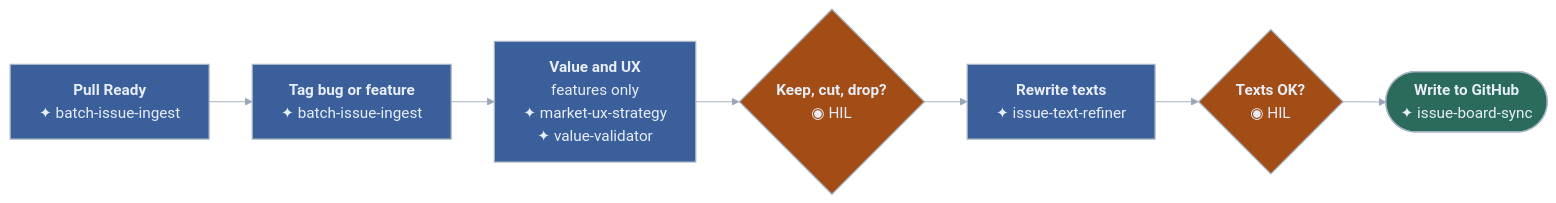
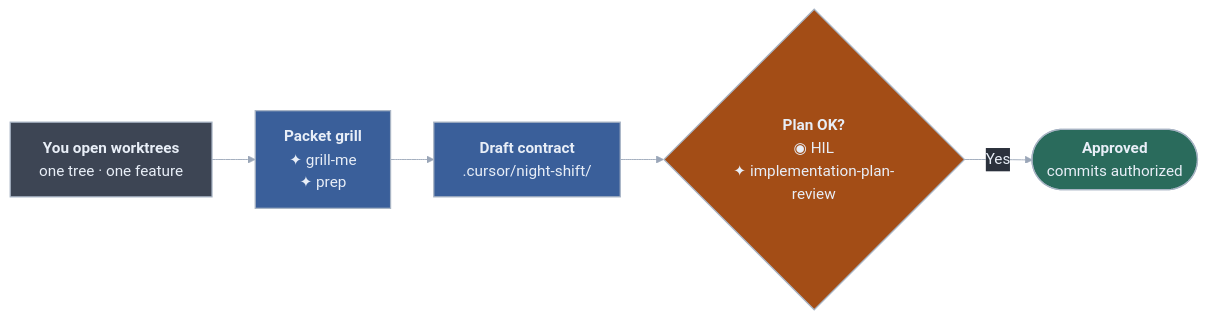
The first of 14 diagrams in README.md (RaphaelBecker/cursor-harness), drawn with Mermaid before and after one commit. The commit also changed other lines of this file and 55 other files, not shown here.

First line of the commit message:
Land the prep/night-shift spine and close the highest-leverage skill gaps.

````diff
--- a/README.md
+++ b/README.md
@@ -43,18 +49,19 @@
 ```mermaid
 %%{init: {"theme":"base","themeVariables":{"darkMode":true,"fontFamily":"ui-sans-serif, system-ui, -apple-system, Segoe UI, sans-serif","fontSize":"17px","background":"#2B313C","lineColor":"#9AA6B8","textColor":"#9AA6B8","primaryTextColor":"#E8EEF7","edgeLabelBackground":"#2B313C"},"flowchart":{"curve":"basis","htmlLabels":true,"nodeSpacing":35,"rankSpacing":48,"padding":16,"useMaxWidth":true}}}%%
 flowchart LR
-  b1["<b>Pull Ready</b><br/>✦ batch-issue-ingest"]
-  b2["<b>Tag bug or feature</b><br/>✦ batch-issue-ingest"]
-  b3["<b>Value and UX</b><br/>features only<br/>✦ market-ux-strategy<br/>✦ value-validator"]
-  b4{"<b>Keep, cut, drop?</b><br/>◉ HIL"}
-  b5["<b>Rewrite texts</b><br/>✦ issue-text-refiner"]
-  b6{"<b>Texts OK?</b><br/>◉ HIL"}
-  b7(["<b>Write to GitHub</b><br/>✦ issue-board-sync"])
-  b1 --> b2 --> b3 --> b4 --> b5 --> b6 --> b7
+  e1["<b>You open worktrees</b><br/>one tree · one feature"]
+  e2["<b>Packet grill</b><br/>✦ grill-me<br/>✦ prep"]
+  e3["<b>Draft contract</b><br/>.cursor/night-shift/"]
+  e4{"<b>Plan OK?</b><br/>◉ HIL<br/>✦ implementation-plan-review"}
+  e5(["<b>Approved</b><br/>commits authorized"])
+  e1 --> e2 --> e3 --> e4
+  e4 -->|Yes| e5
   classDef skill fill:#3A5F9A,stroke:#A8B4C4,stroke-width:1.4px,color:#E8EEF7
   classDef hil fill:#A34D16,stroke:#A8B4C4,stroke-width:1.4px,color:#E8EEF7
   classDef done fill:#2A6B5C,stroke:#A8B4C4,stroke-width:1.4px,color:#E8EEF7
-  class b1,b2,b3,b5 skill
-  class b4,b6 hil
-  class b7 done
+  classDef you fill:#3D4554,stroke:#A8B4C4,stroke-width:1.4px,color:#E8EEF7
+  class e2,e3 skill
+  class e4 hil
+  class e5 done
+  class e1 you
 ```
````
